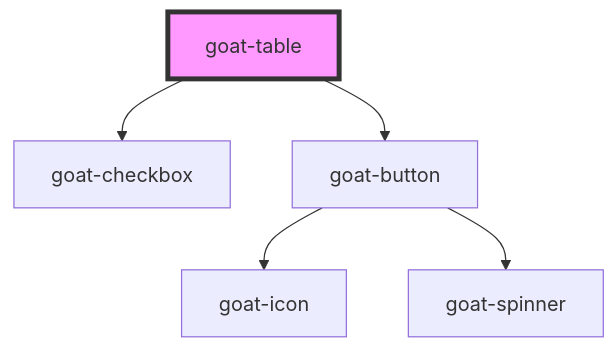
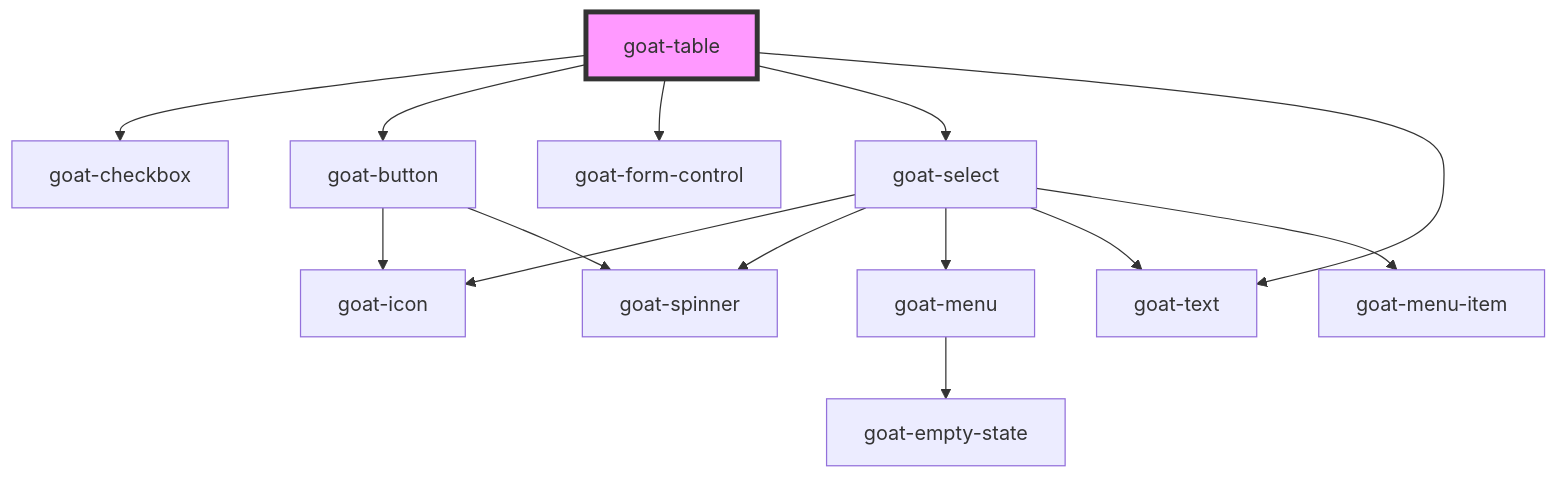
One commit to goatui/components changed the diagram in src/components/table/table/readme.md. Above: the diagram before and after it, drawn with Mermaid. The commit also changed other lines of this file and 6 other files, not shown here.

````diff
--- a/src/components/table/table/readme.md
+++ b/src/components/table/table/readme.md
@@ -39,8 +48,17 @@
 ```mermaid
 graph TD;
   goat-table --> goat-checkbox
   goat-table --> goat-button
+  goat-table --> goat-form-control
+  goat-table --> goat-select
+  goat-table --> goat-text
   goat-button --> goat-icon
   goat-button --> goat-spinner
+  goat-select --> goat-icon
+  goat-select --> goat-spinner
+  goat-select --> goat-menu
+  goat-select --> goat-text
+  goat-select --> goat-menu-item
+  goat-menu --> goat-empty-state
   style goat-table fill:#f9f,stroke:#333,stroke-width:4px
 ```
````
